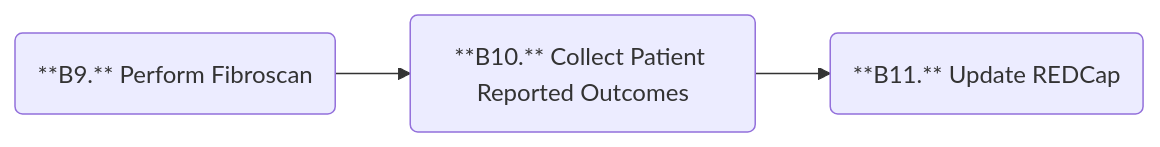
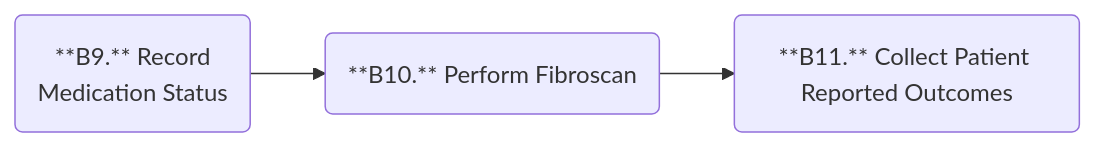
One commit to sh-publichealth/info-hub changed the eighth of 10 diagrams in site/our-work/tmr/participant-flow.qmd. Above: the diagram before and after it, drawn with Mermaid. The commit also changed other lines of this file and 41 other files, not shown here.

````diff
--- a/site/our-work/tmr/participant-flow.qmd
+++ b/site/our-work/tmr/participant-flow.qmd
@@ -225,14 +230,14 @@
 ```{mermaid}
 %%| label: fig-mermaid-flowchart6b
 %%| fig-cap: TMR Baseline Visit. Part 2 - Data Collection
 %%| fig-alt: baseline visit, drawn using Mermaid.
 flowchart LR
 
-  B9(**B9.** Perform Fibroscan)
-  B10(**B10.** Collect Patient Reported Outcomes)
-  B11(**B11.** Update REDCap)
+  B9(**B9.** Record<br/>Medication Status)
+  B10(**B10.** Perform Fibroscan)
+  B11(**B11.** Collect Patient Reported Outcomes)
   
 B9 --> B10
 B10 --> B11
 
 ```
````
